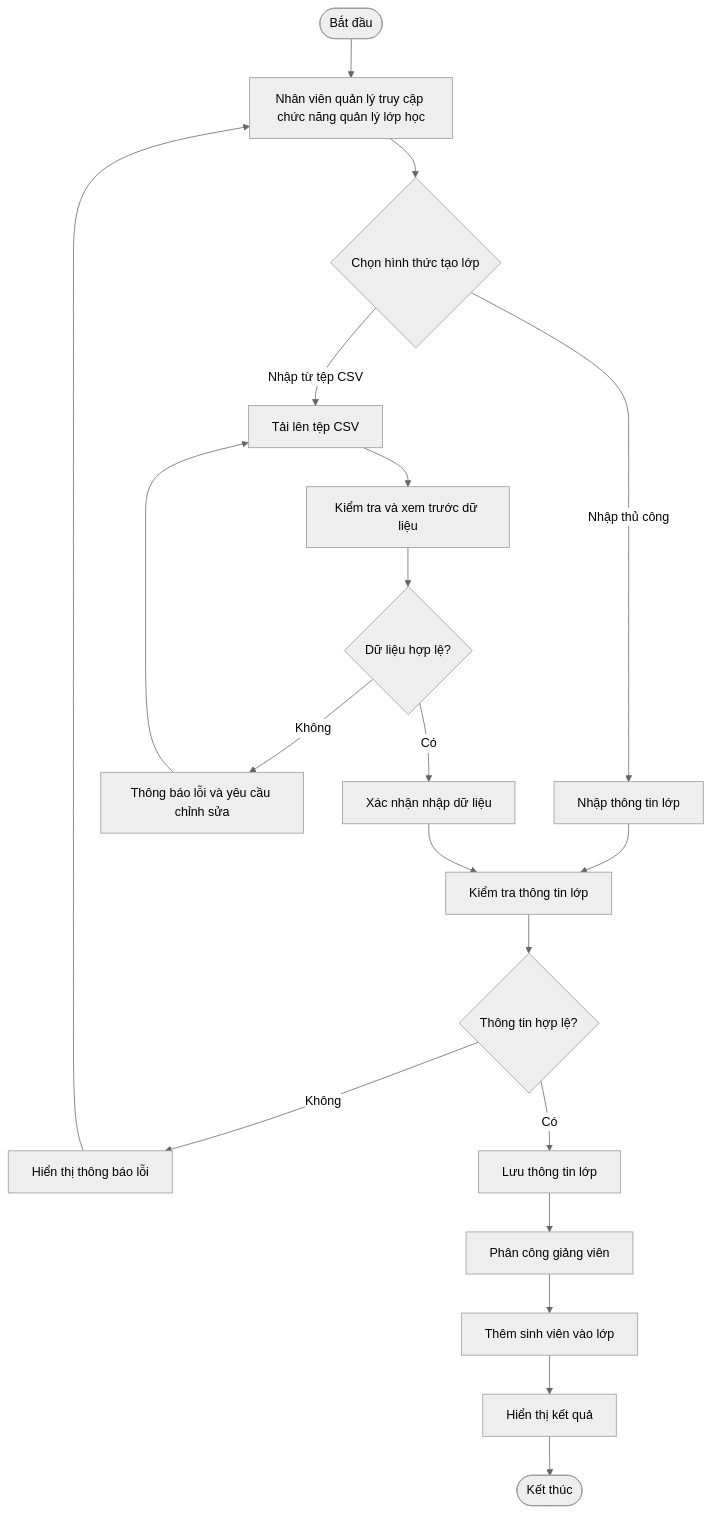
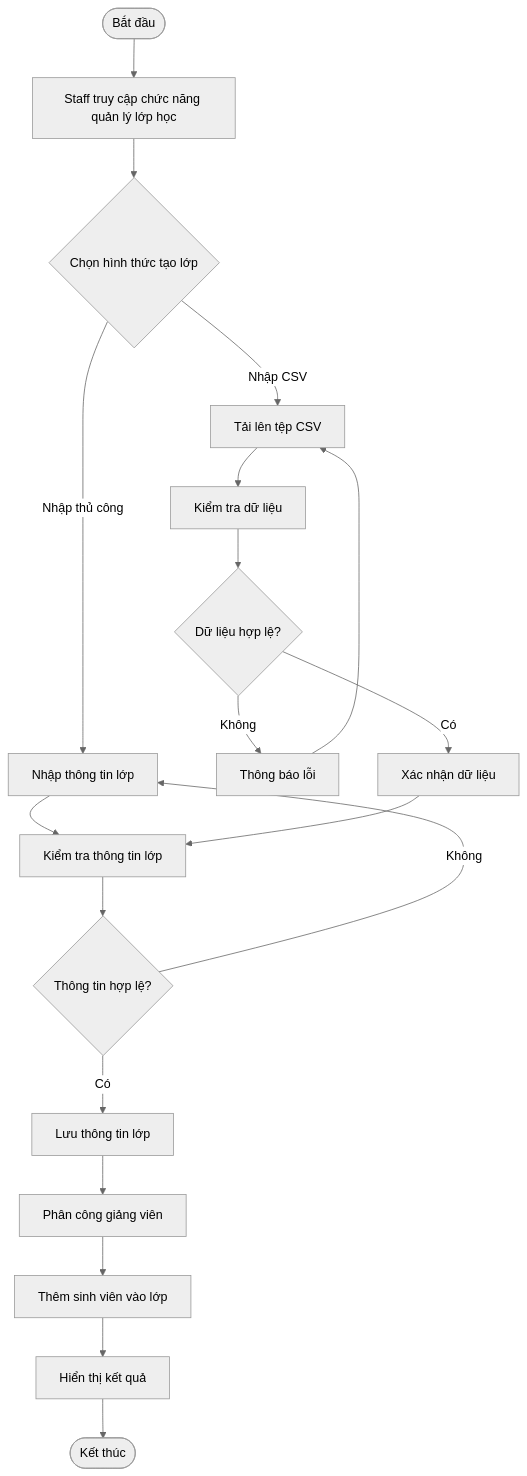
One commit to nguyenminhthien140906-dot/CNPM changed the first of 2 diagrams in docs/FE03-class-management.md. Above: the diagram before and after it, drawn with Mermaid (neutral theme). The commit also changed other lines of this file, not shown here.

````diff
--- a/docs/FE03-class-management.md
+++ b/docs/FE03-class-management.md
@@ -118,22 +119,21 @@
 ```mermaid
 flowchart TD
-    A([Bắt đầu]) --> B[Nhân viên quản lý truy cập chức năng quản lý lớp học]
+    A([Bắt đầu]) --> B[Staff truy cập chức năng quản lý lớp học]
     B --> C{Chọn hình thức tạo lớp}
     C -->|Nhập thủ công| D[Nhập thông tin lớp]
-    C -->|Nhập từ tệp CSV| E[Tải lên tệp CSV]
-    E --> F[Kiểm tra và xem trước dữ liệu]
+    C -->|Nhập CSV| E[Tải lên tệp CSV]
+    E --> F[Kiểm tra dữ liệu]
     F --> G{Dữ liệu hợp lệ?}
-    G -->|Không| H[Thông báo lỗi và yêu cầu chỉnh sửa]
+    G -->|Không| H[Thông báo lỗi]
     H --> E
-    G -->|Có| I[Xác nhận nhập dữ liệu]
+    G -->|Có| I[Xác nhận dữ liệu]
     D --> J[Kiểm tra thông tin lớp]
     I --> J
     J --> K{Thông tin hợp lệ?}
-    K -->|Không| L[Hiển thị thông báo lỗi]
-    L --> B
-    K -->|Có| M[Lưu thông tin lớp]
-    M --> N[Phân công giảng viên]
-    N --> O[Thêm sinh viên vào lớp]
-    O --> P[Hiển thị kết quả]
-    P --> Q([Kết thúc])
+    K -->|Không| D
+    K -->|Có| L[Lưu thông tin lớp]
+    L --> M[Phân công giảng viên]
+    M --> N[Thêm sinh viên vào lớp]
+    N --> O[Hiển thị kết quả]
+    O --> P([Kết thúc])
 ```
````
